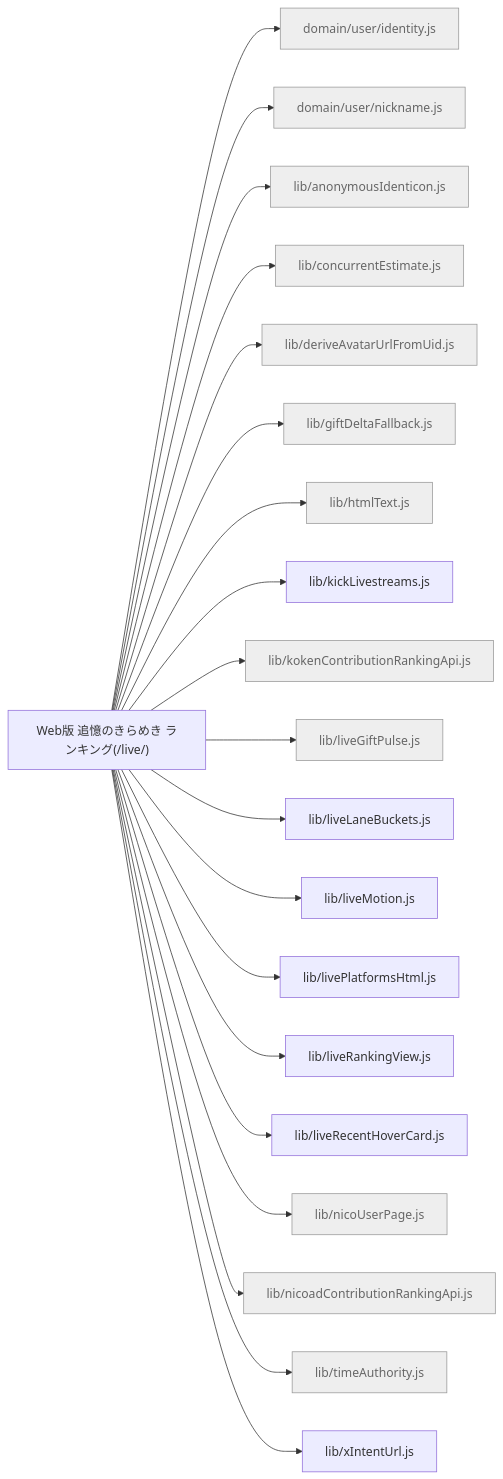
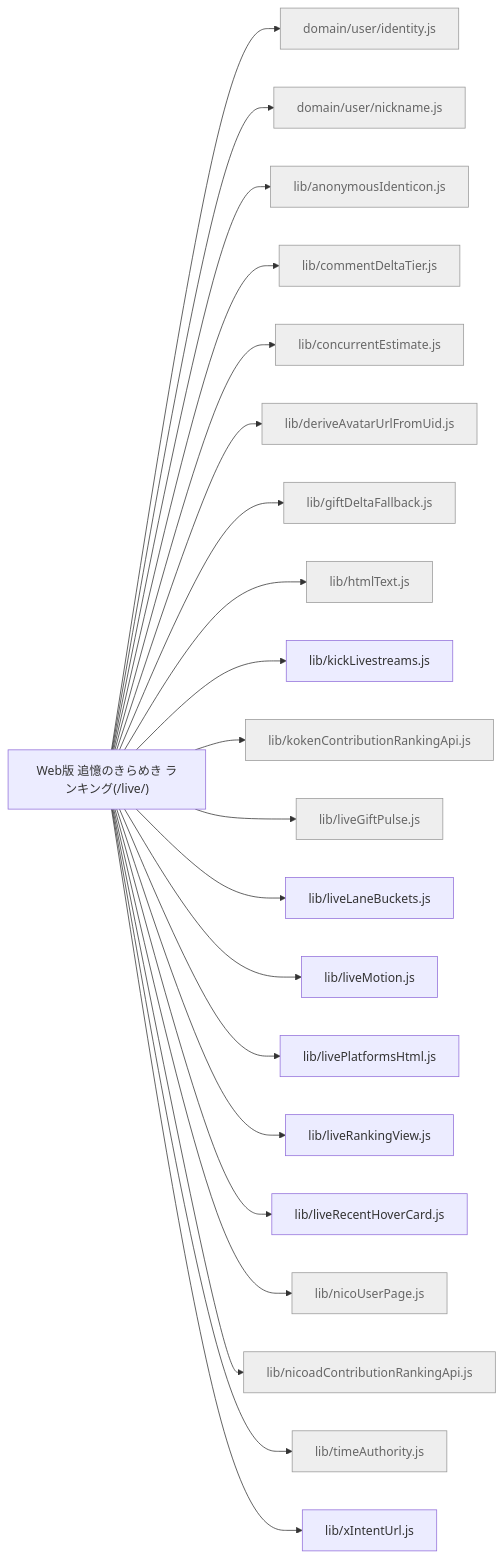
Before and after one commit to kimito-link/tsuioku-no-kirameki.com: the diagram in docs/feature-map/live-ranking.md, drawn with Mermaid. The commit also changed 40 other files, not shown here.

````diff
--- a/docs/feature-map/live-ranking.md
+++ b/docs/feature-map/live-ranking.md
@@ -13,24 +13,25 @@
 ```mermaid
 graph LR
   n_live_ranking["Web版 追憶のきらめき ランキング(/live/)"]
   n_live_ranking --> n_src_domain_user_identity_js["domain/user/identity.js"]:::shared
   n_live_ranking --> n_src_domain_user_nickname_js["domain/user/nickname.js"]:::shared
   n_live_ranking --> n_src_lib_anonymousIdenticon_js["lib/anonymousIdenticon.js"]:::shared
+  n_live_ranking --> n_src_lib_commentDeltaTier_js["lib/commentDeltaTier.js"]:::shared
   n_live_ranking --> n_src_lib_concurrentEstimate_js["lib/concurrentEstimate.js"]:::shared
   n_live_ranking --> n_src_lib_deriveAvatarUrlFromUid_js["lib/deriveAvatarUrlFromUid.js"]:::shared
   n_live_ranking --> n_src_lib_giftDeltaFallback_js["lib/giftDeltaFallback.js"]:::shared
   n_live_ranking --> n_src_lib_htmlText_js["lib/htmlText.js"]:::shared
   n_live_ranking --> n_src_lib_kickLivestreams_js["lib/kickLivestreams.js"]
   n_live_ranking --> n_src_lib_kokenContributionRankingApi_js["lib/kokenContributionRankingApi.js"]:::shared
   n_live_ranking --> n_src_lib_liveGiftPulse_js["lib/liveGiftPulse.js"]:::shared
   n_live_ranking --> n_src_lib_liveLaneBuckets_js["lib/liveLaneBuckets.js"]
   n_live_ranking --> n_src_lib_liveMotion_js["lib/liveMotion.js"]
   n_live_ranking --> n_src_lib_livePlatformsHtml_js["lib/livePlatformsHtml.js"]
   n_live_ranking --> n_src_lib_liveRankingView_js["lib/liveRankingView.js"]
   n_live_ranking --> n_src_lib_liveRecentHoverCard_js["lib/liveRecentHoverCard.js"]
   n_live_ranking --> n_src_lib_nicoUserPage_js["lib/nicoUserPage.js"]:::shared
   n_live_ranking --> n_src_lib_nicoadContributionRankingApi_js["lib/nicoadContributionRankingApi.js"]:::shared
   n_live_ranking --> n_src_lib_timeAuthority_js["lib/timeAuthority.js"]:::shared
   n_live_ranking --> n_src_lib_xIntentUrl_js["lib/xIntentUrl.js"]
   classDef shared fill:#eee,stroke:#999,color:#666;
 ```
````
